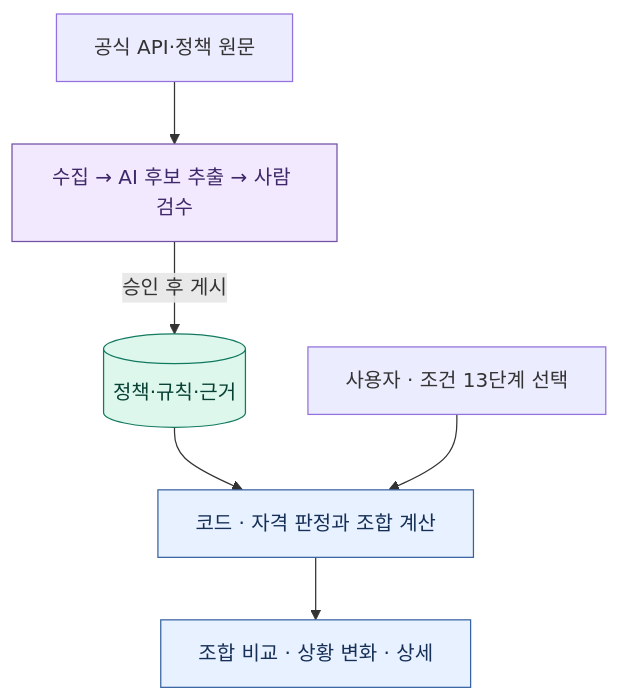
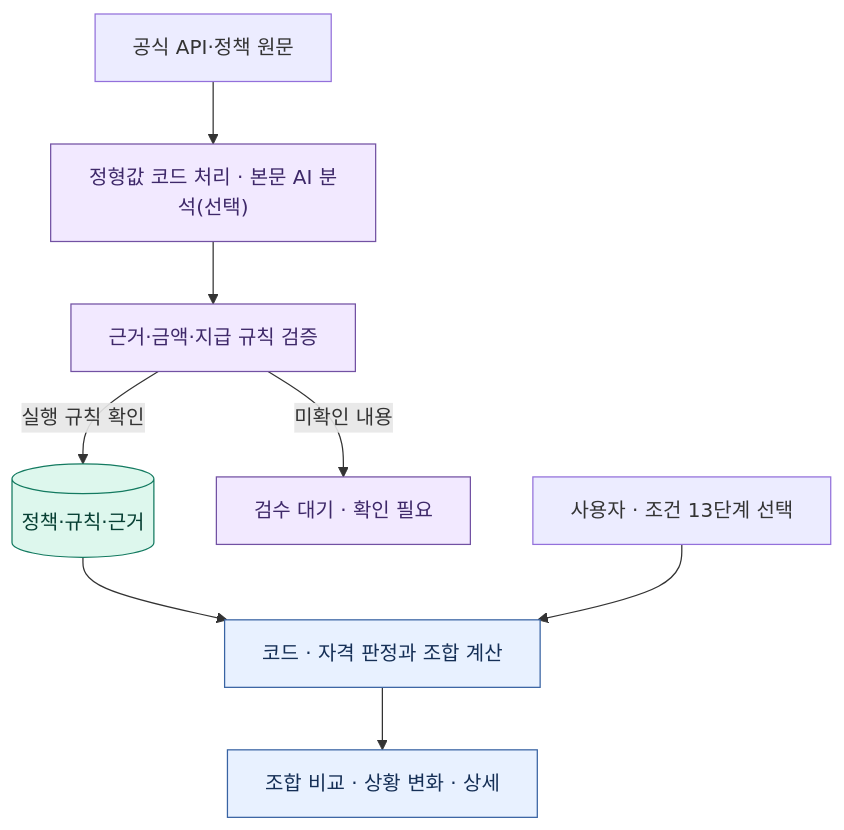
Before and after one commit to x17545/benefitfinder-ai: the first of 2 diagrams in README.md, drawn with Mermaid. The commit also changed other lines of this file and 1 other file, not shown here.

````diff
--- a/README.md
+++ b/README.md
@@ -11,17 +11,19 @@
 ```mermaid
 flowchart TB
     accTitle: 정책 준비에서 사용자 결과까지
-    accDescr: 공식 자료를 수집해 AI로 후보를 추출하고 사람이 검수한 뒤 게시한다. 사용자 조건과 게시 자료를 코드가 판정하고 계산해 비교 결과를 보여 준다.
-    Source["공식 API·정책 원문"] --> Review["수집 → AI 후보 추출 → 사람 검수"]
-    Review -->|"승인 후 게시"| Catalog[("정책·규칙·근거")]
+    accDescr: 공식 자료의 정형값을 코드로 처리하고 본문의 추가 조건은 AI로 추출한다. 근거와 실행 규칙을 검증해 게시하며 미확인 내용은 검수 대상으로 남긴다. 사용자 조건과 게시 자료를 코드가 판정하고 계산한다.
+    Source["공식 API·정책 원문"] --> Prepare["정형값 코드 처리 · 본문 AI 분석(선택)"]
+    Prepare --> Review["근거·금액·지급 규칙 검증"]
+    Review -->|"실행 규칙 확인"| Catalog[("정책·규칙·근거")]
+    Review -->|"미확인 내용"| Pending["검수 대기 · 확인 필요"]
     Catalog --> Compute["코드 · 자격 판정과 조합 계산"]
     Profile["사용자 · 조건 13단계 선택"] --> Compute
     Compute --> Result["조합 비교 · 상황 변화 · 상세"]
 
     classDef data fill:#F2E9FF,stroke:#7251A3,color:#3E2869;
     classDef published fill:#DDF7ED,stroke:#137A60,color:#073F33;
     classDef app fill:#E8F1FF,stroke:#3863A3,color:#152F56;
-    class Review data;
+    class Prepare,Review,Pending data;
     class Catalog published;
     class Compute,Result app;
 ```
````
